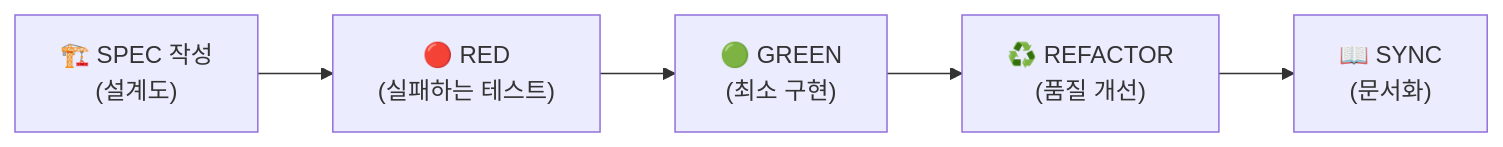
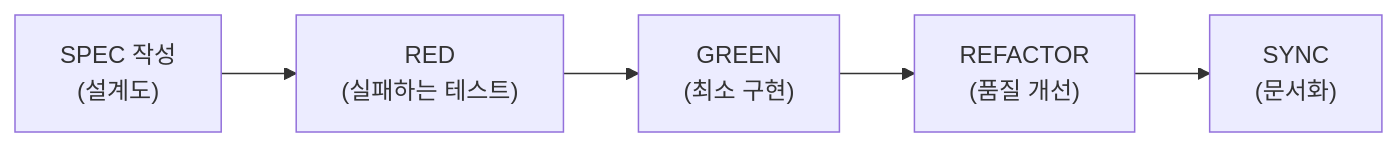
One commit to modu-ai/moai-adk changed the third of 7 diagrams in README.md. Above: the diagram before and after it, drawn with Mermaid. The commit also changed other lines of this file, not shown here.

````diff
--- a/README.md
+++ b/README.md
@@ -147,7 +147,7 @@
 ```mermaid
 graph LR
-    A["🏗️ SPEC 작성<br/>(설계도)"] --> B["🔴 RED<br/>(실패하는 테스트)"]
-    B --> C["🟢 GREEN<br/>(최소 구현)"]
-    C --> D["♻️ REFACTOR<br/>(품질 개선)"]
-    D --> E["📖 SYNC<br/>(문서화)"]
+    A["SPEC 작성<br/>(설계도)"] --> B["RED<br/>(실패하는 테스트)"]
+    B --> C["GREEN<br/>(최소 구현)"]
+    C --> D["REFACTOR<br/>(품질 개선)"]
+    D --> E["SYNC<br/>(문서화)"]
 ```
````
